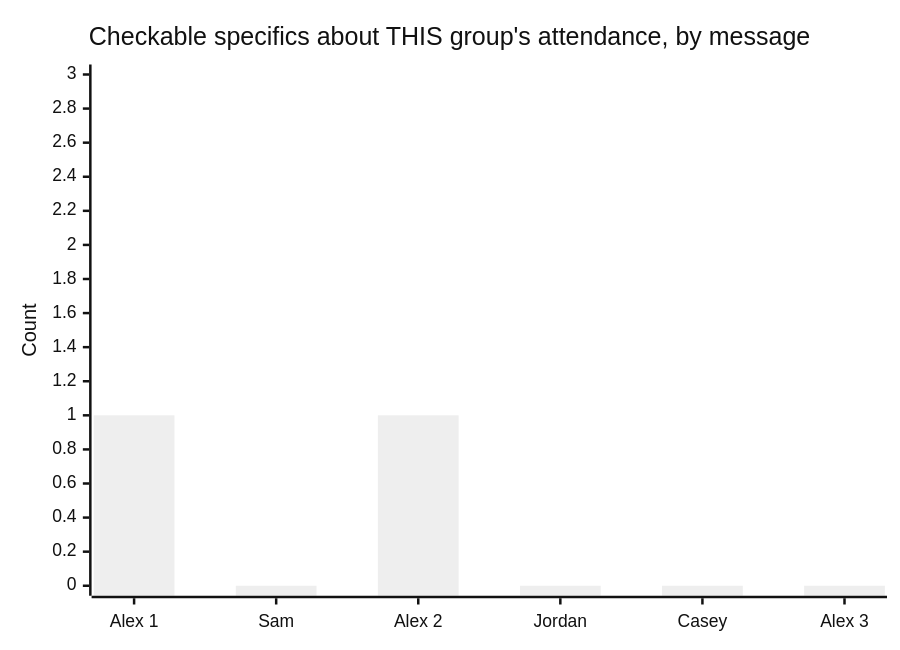
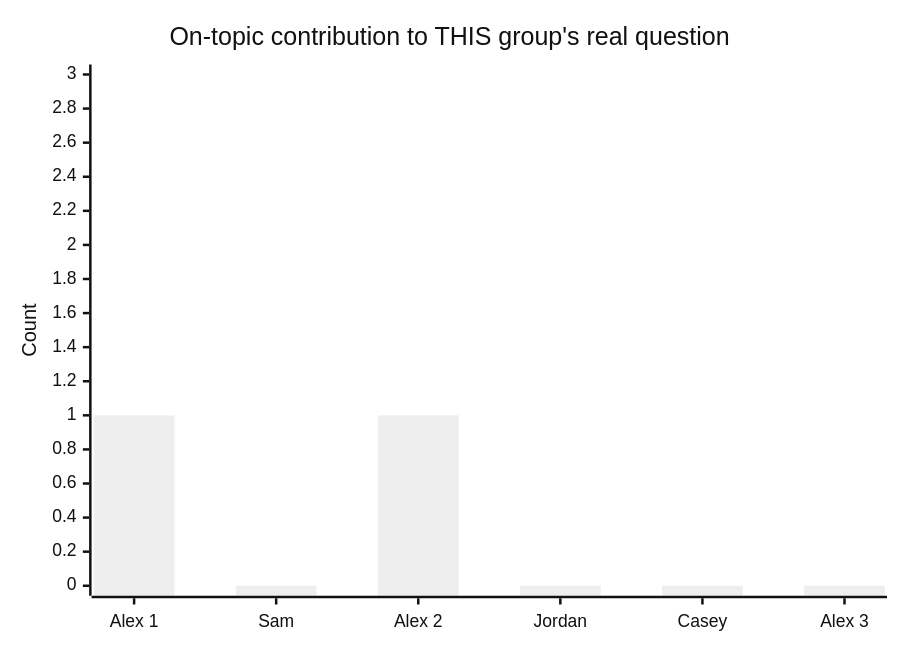
Before and after one commit to francoandreDev/knowledge: the diagram in src/content/logic/fallacies/L3-deep-dive.mdx, drawn with Mermaid (neutral theme). The commit also changed other lines of this file and 282 other files, not shown here.

````diff
--- a/src/content/logic/fallacies/L3-deep-dive.mdx
+++ b/src/content/logic/fallacies/L3-deep-dive.mdx
@@ -57,7 +57,7 @@
 ```mermaid
 xychart-beta
-    title "Checkable specifics about THIS group's attendance, by message"
+    title "On-topic contribution to THIS group's real question"
     x-axis ["Alex 1", "Sam", "Alex 2", "Jordan", "Casey", "Alex 3"]
     y-axis "Count" 0 --> 3
     bar [1, 0, 1, 0, 0, 0]
 ```
````
